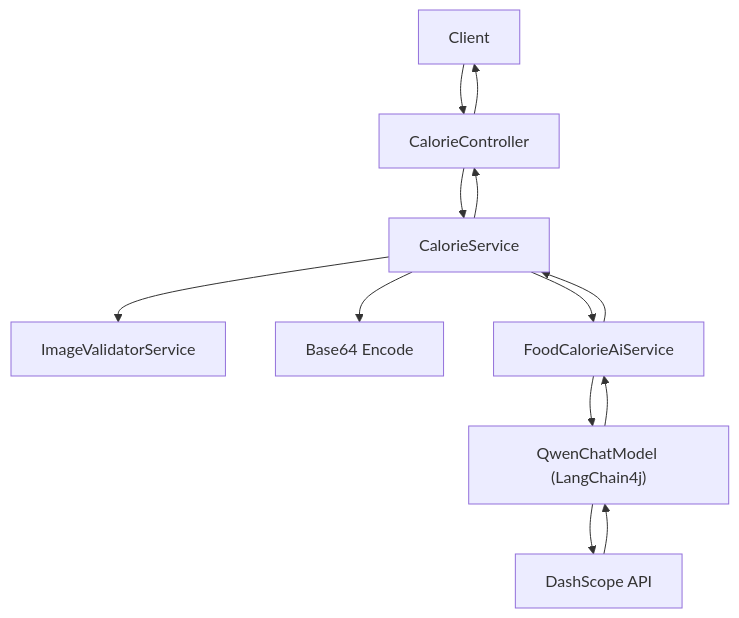
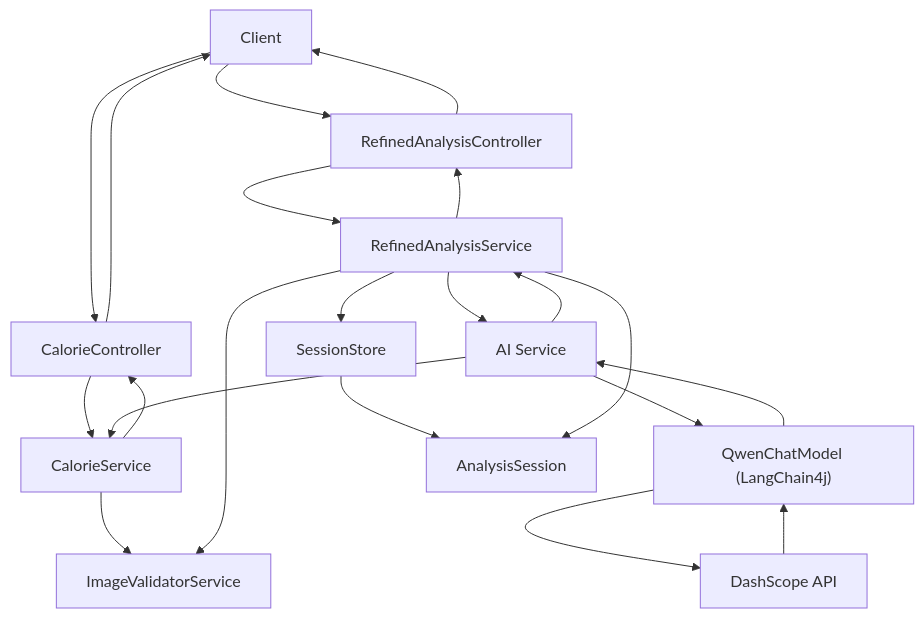
One commit to Meng-hh/heat_calculate changed the second of 11 diagrams in .qoder/repowiki/en/content/Business Logic Architecture.md. Above: the diagram before and after it, drawn with Mermaid. The commit also changed other lines of this file and 25 other files, not shown here.

````diff
--- a/.qoder/repowiki/en/content/Business Logic Architecture.md
+++ b/.qoder/repowiki/en/content/Business Logic Architecture.md
@@ -129,15 +165,23 @@
 ```mermaid
 graph TB
 Client["Client"] --> CC["CalorieController"]
+Client --> RAC["RefinedAnalysisController"]
 CC --> CS["CalorieService"]
+RAC --> RAS["RefinedAnalysisService"]
 CS --> IVS["ImageValidatorService"]
-CS --> ENC["Base64 Encode"]
-CS --> AIS["FoodCalorieAiService"]
+RAS --> IVS
+RAS --> SS["SessionStore"]
+RAS --> AIS["AI Service"]
 AIS --> LCC["QwenChatModel (LangChain4j)"]
 LCC --> DSC["DashScope API"]
 DSC --> LCC
 LCC --> AIS
 AIS --> CS
+AIS --> RAS
+SS --> ARS["AnalysisSession"]
+RAS --> ARS
 CS --> CC
+RAS --> RAC
 CC --> Client
+RAC --> Client
 ```
````
